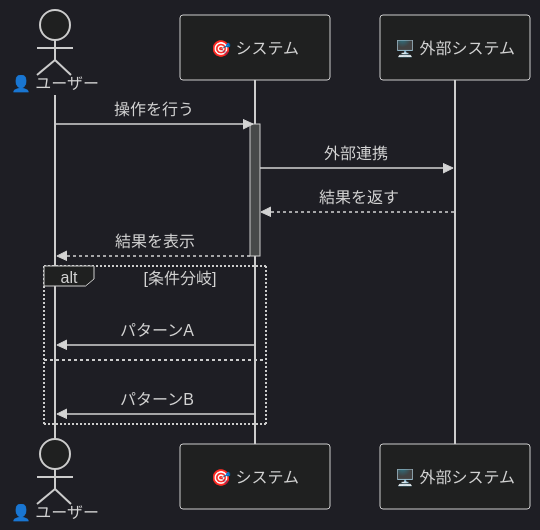
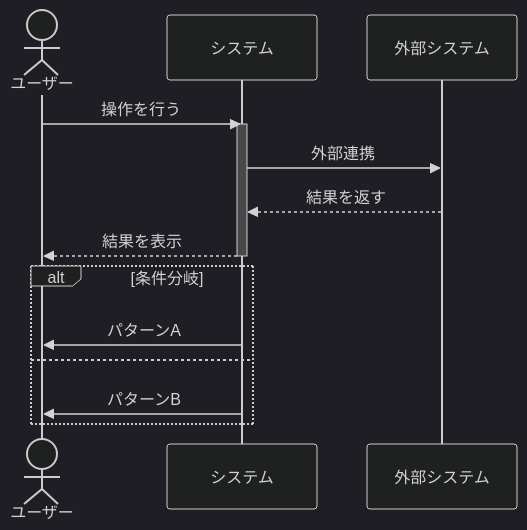
The third of 7 diagrams in specs/spec.md (iwasa-kosui/dotfiles), drawn with Mermaid (dark theme) before and after one commit. The commit also changed other lines of this file and 7 other files, not shown here.

````diff
--- a/specs/spec.md
+++ b/specs/spec.md
@@ -446,19 +510,19 @@
 ```mermaid
 sequenceDiagram
-    actor User as 👤 ユーザー
-    participant S as 🎯 システム
-    participant Ext as 🖥️ 外部システム
+    actor User as ユーザー
+    participant S as システム
+    participant Ext as 外部システム
 
     User->>S: 操作を行う
     activate S
     S->>Ext: 外部連携
     Ext-->>S: 結果を返す
     S-->>User: 結果を表示
     deactivate S
 
     alt 条件分岐
         S->>User: パターンA
     else
         S->>User: パターンB
     end
 ```
````
